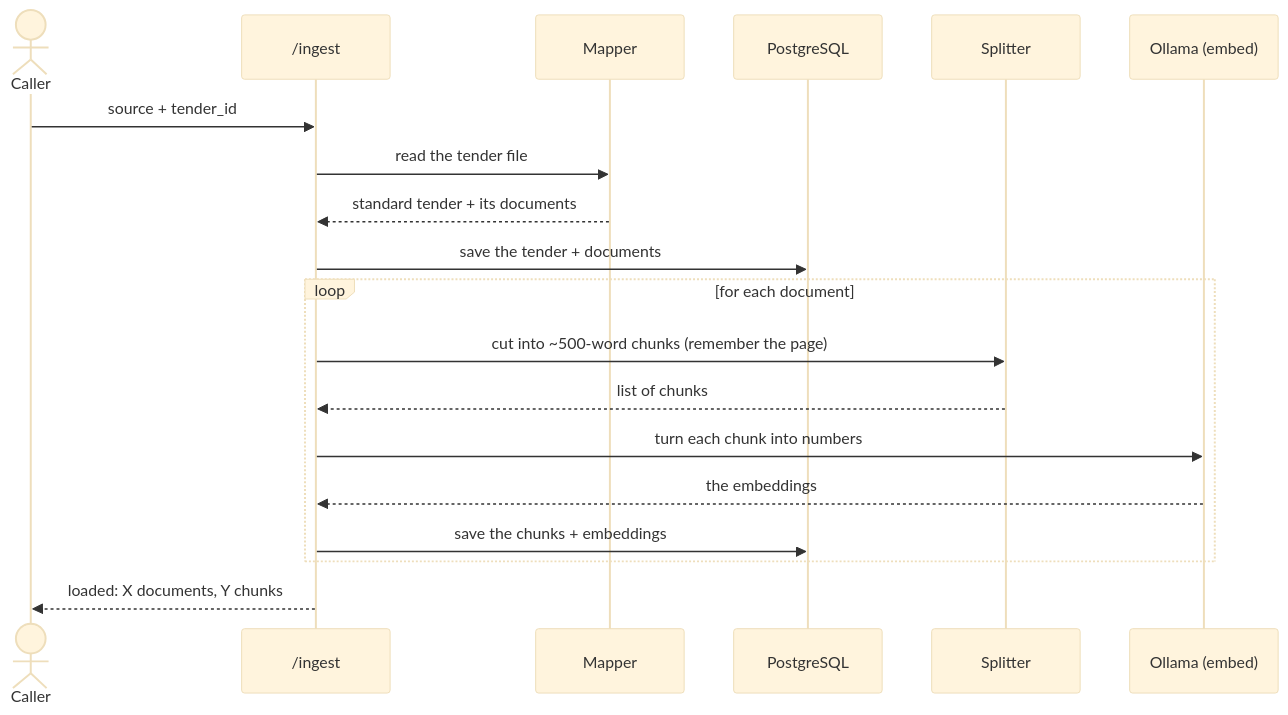
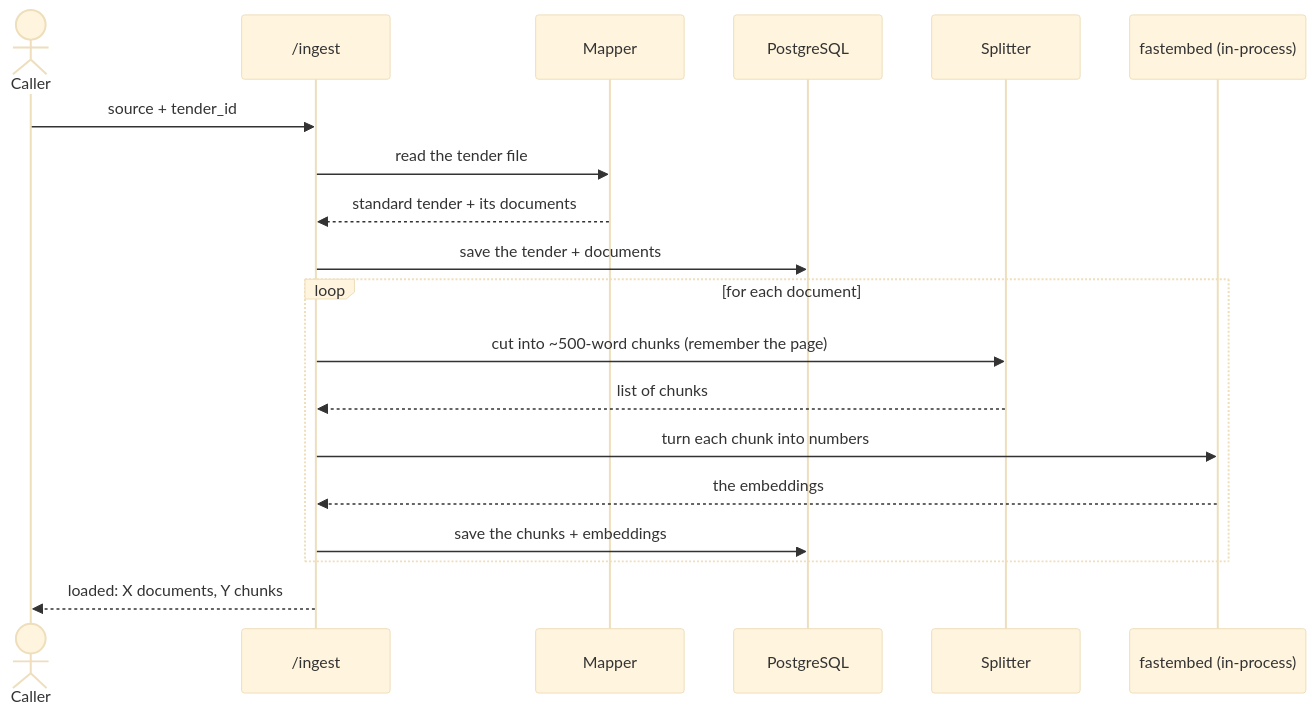
Before and after one commit to j4rv1ss/tender-rag-mcp: the third of 6 diagrams in docs/architecture.md, drawn with Mermaid (base theme). The commit also changed other lines of this file and 1 other file, not shown here.

Commit message:
docs: update README + architecture for in-process fastembed (384-dim), top_k 8, 3-tier Groq chat, synonym/antonym + formatting, and the free Render/Neon deploy

````diff
--- a/docs/architecture.md
+++ b/docs/architecture.md
@@ -117,21 +124,21 @@
 ```mermaid
 sequenceDiagram
   actor U as Caller
   participant API as /ingest
   participant N as Mapper
   participant DB as PostgreSQL
   participant CH as Splitter
-  participant E as Ollama (embed)
+  participant E as fastembed (in-process)
   U->>API: source + tender_id
   API->>N: read the tender file
   N-->>API: standard tender + its documents
   API->>DB: save the tender + documents
   loop for each document
     API->>CH: cut into ~500-word chunks (remember the page)
     CH-->>API: list of chunks
     API->>E: turn each chunk into numbers
     E-->>API: the embeddings
     API->>DB: save the chunks + embeddings
   end
   API-->>U: loaded: X documents, Y chunks
 ```
````
